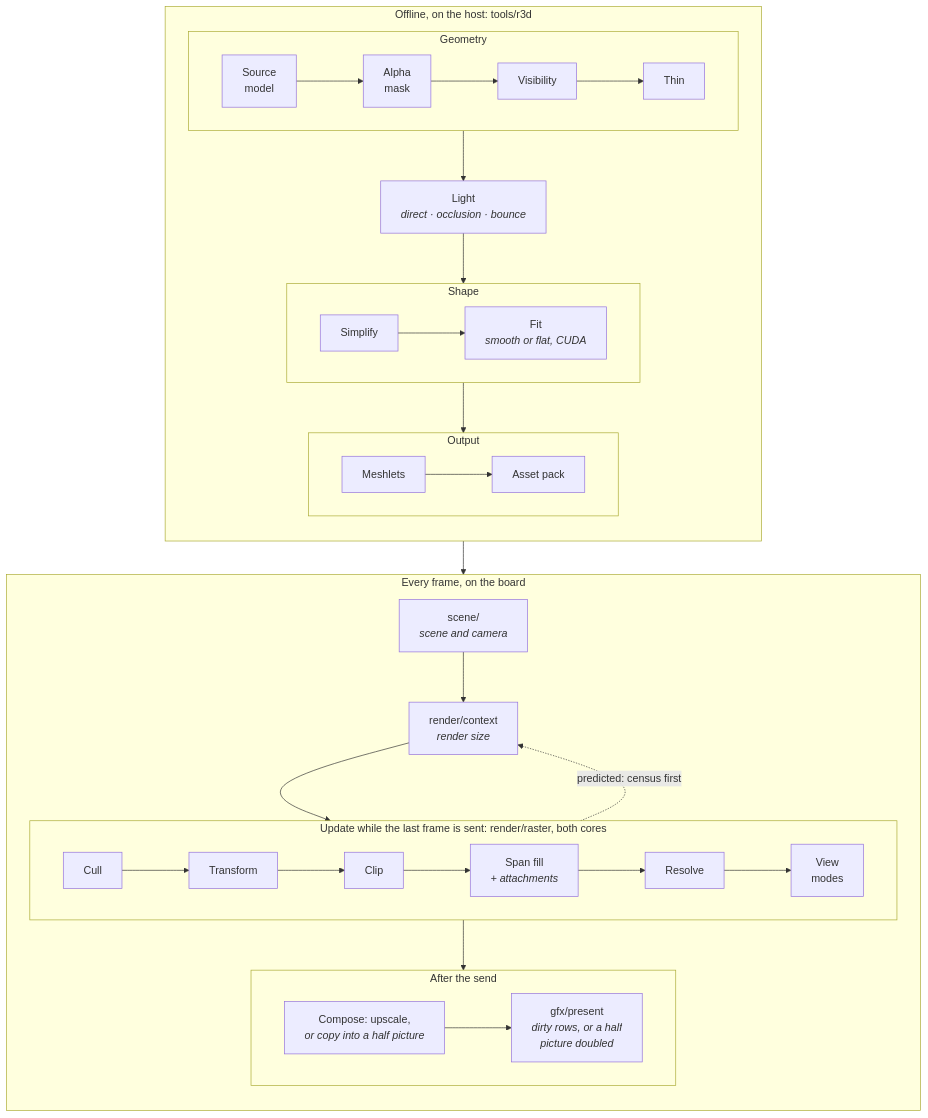
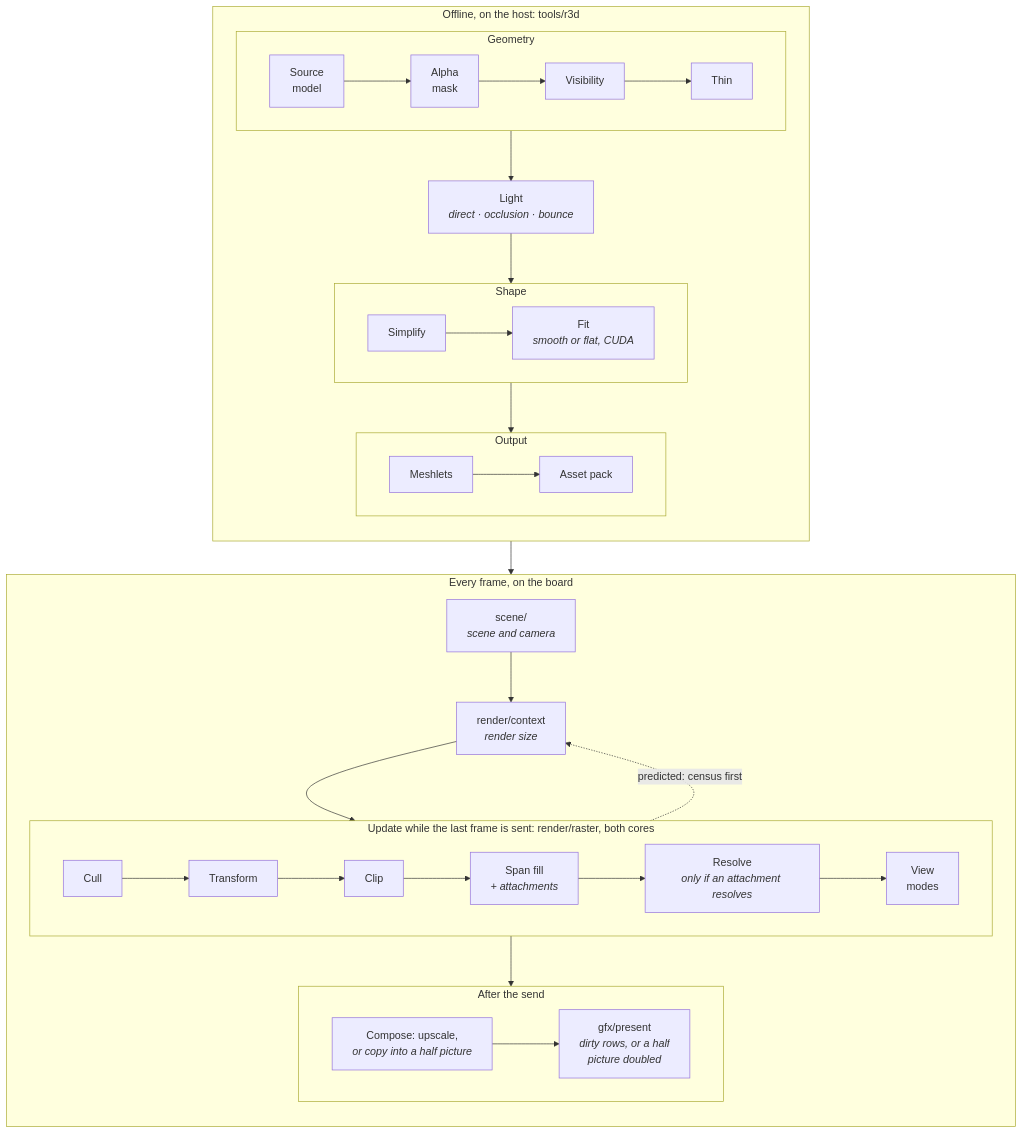
The diagram in docs/render/Render-Pipeline.md (jose-villegas/autana), drawn with Mermaid before and after one commit. The commit also changed other lines of this file and 22 other files, not shown here.

First line of the commit message:
docs: the frame stages as a chart, each debug view's cost apart from the shipped frame (#834)

````diff
--- a/docs/render/Render-Pipeline.md
+++ b/docs/render/Render-Pipeline.md
@@ -20,36 +20,36 @@
 ```mermaid
 flowchart TB
     subgraph Host["Offline, on the host: tools/r3d"]
         direction TB
         subgraph Geometry["Geometry"]
             direction LR
             Src["Source<br/>model"] --> Mask["Alpha<br/>mask"] --> Vis["Visibility"] --> Thin["Thin"]
         end
         Light["Light<br/><i>direct · occlusion · bounce</i>"]
         subgraph Shape["Shape"]
             direction LR
             Simp["Simplify"] --> Fit["Fit<br/><i>smooth or flat, CUDA</i>"]
         end
         subgraph Output["Output"]
             direction LR
             Mesh["Meshlets"] --> Pack["Asset pack"]
         end
         Geometry --> Light --> Shape --> Output
     end
     subgraph Board["Every frame, on the board"]
         direction TB
         Scene["scene/<br/><i>scene and camera</i>"] --> Size["render/context<br/><i>render size</i>"]
         subgraph Update["Update while the last frame is sent: render/raster, both cores"]
             direction LR
-            Cull["Cull"] --> Xf["Transform"] --> Clip["Clip"] --> Fill["Span fill<br/><i>+ attachments</i>"] --> Res["Resolve"] --> View["View<br/>modes"]
+            Cull["Cull"] --> Xf["Transform"] --> Clip["Clip"] --> Fill["Span fill<br/><i>+ attachments</i>"] --> Res["Resolve<br/><i>only if an attachment resolves</i>"] --> View["View<br/>modes"]
         end
         subgraph After["After the send"]
             direction LR
             Up["Compose: upscale,<br/><i>or copy into a half picture</i>"] --> Present["gfx/present<br/><i>dirty rows, or a half<br/>picture doubled</i>"]
         end
         Size --> Update
         Update -. "predicted: census first" .-> Size
         Update --> After
     end
     Output --> Board
 ```
````
